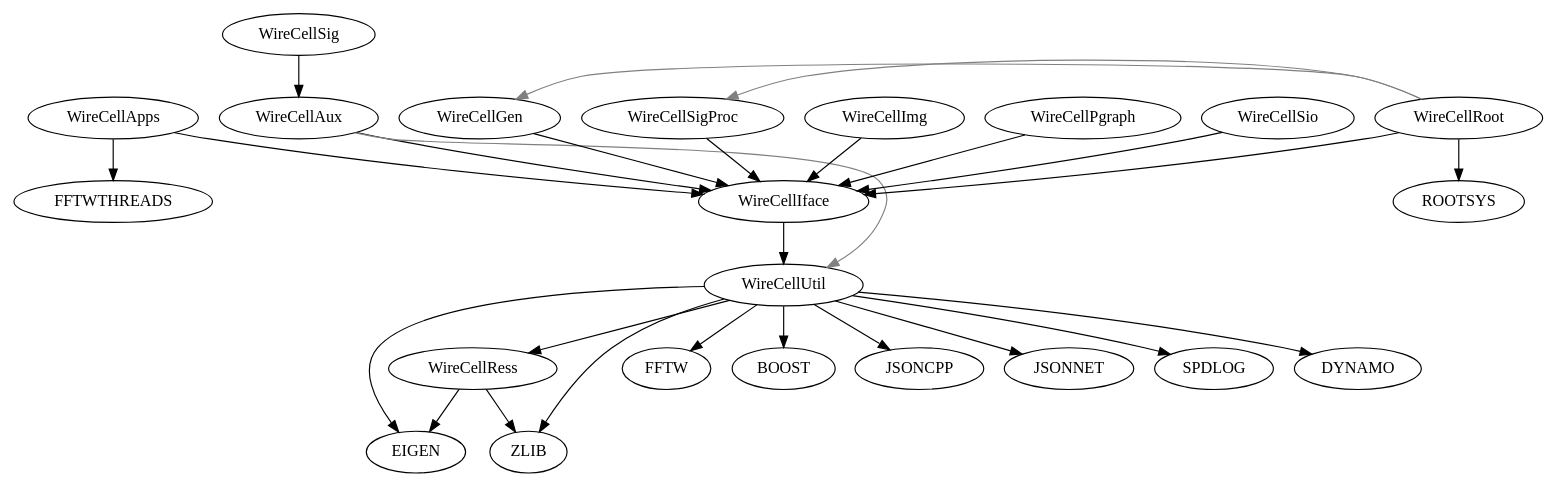
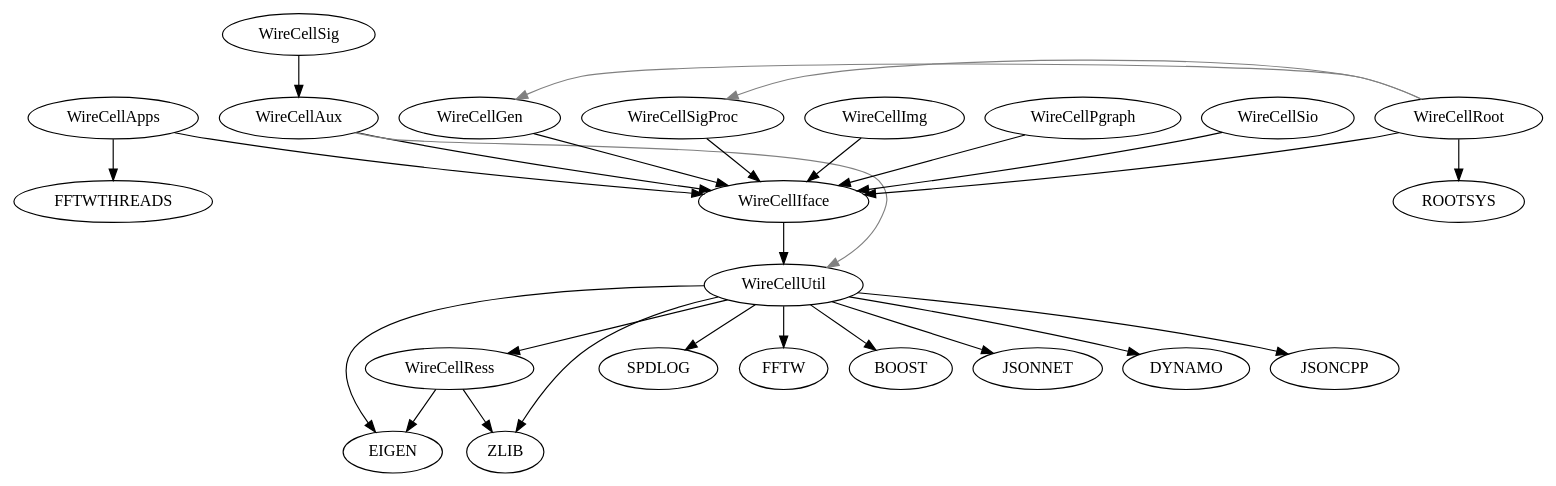
Before and after one commit to zhihuadong/wire-cell-toolkit: the diagram in wct-deps.dot, drawn with Graphviz. The commit also changed other lines of this file, not shown here.

```diff
--- a/wct-deps.dot
+++ b/wct-deps.dot
@@ -1,40 +1,40 @@
 digraph deps {
 	"WireCellApps";
 	"WireCellAux";
 	"WireCellGen";
 	"WireCellIface";
 	"WireCellImg";
 	"WireCellPgraph";
 	"WireCellRess";
 	"WireCellRoot";
 	"WireCellSig";
 	"WireCellSigProc";
 	"WireCellSio";
 	"WireCellUtil";
+	"WireCellApps" -> "FFTWTHREADS"[color="black"];
 	"WireCellApps" -> "WireCellIface"[color="black"];
-	"WireCellApps" -> "FFTWTHREADS"[color="black"];
 	"WireCellAux" -> "WireCellIface"[color="black"];
 	"WireCellAux" -> "WireCellUtil"[color="gray",constraint=false];
 	"WireCellGen" -> "WireCellIface"[color="black"];
 	"WireCellIface" -> "WireCellUtil"[color="black"];
 	"WireCellImg" -> "WireCellIface"[color="black"];
 	"WireCellPgraph" -> "WireCellIface"[color="black"];
 	"WireCellRess" -> "EIGEN"[color="black"];
 	"WireCellRess" -> "ZLIB"[color="black"];
 	"WireCellRoot" -> "WireCellIface"[color="black"];
 	"WireCellRoot" -> "ROOTSYS"[color="black"];
+	"WireCellRoot" -> "WireCellGen"[color="gray",constraint=false];
 	"WireCellRoot" -> "WireCellSigProc"[color="gray",constraint=false];
-	"WireCellRoot" -> "WireCellGen"[color="gray",constraint=false];
 	"WireCellSig" -> "WireCellAux"[color="black"];
 	"WireCellSigProc" -> "WireCellIface"[color="black"];
 	"WireCellSio" -> "WireCellIface"[color="black"];
+	"WireCellUtil" -> "WireCellRess"[color="black"];
 	"WireCellUtil" -> "EIGEN"[color="black"];
+	"WireCellUtil" -> "ZLIB"[color="black"];
+	"WireCellUtil" -> "SPDLOG"[color="black"];
 	"WireCellUtil" -> "FFTW"[color="black"];
 	"WireCellUtil" -> "BOOST"[color="black"];
-	"WireCellUtil" -> "ZLIB"[color="black"];
+	"WireCellUtil" -> "JSONNET"[color="black"];
+	"WireCellUtil" -> "DYNAMO"[color="black"];
 	"WireCellUtil" -> "JSONCPP"[color="black"];
-	"WireCellUtil" -> "JSONNET"[color="black"];
-	"WireCellUtil" -> "WireCellRess"[color="black"];
-	"WireCellUtil" -> "SPDLOG"[color="black"];
-	"WireCellUtil" -> "DYNAMO"[color="black"];
 }
```
